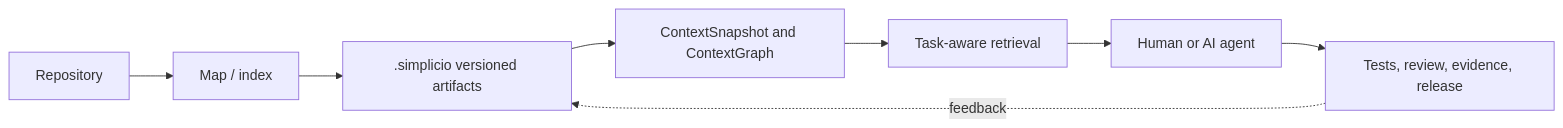
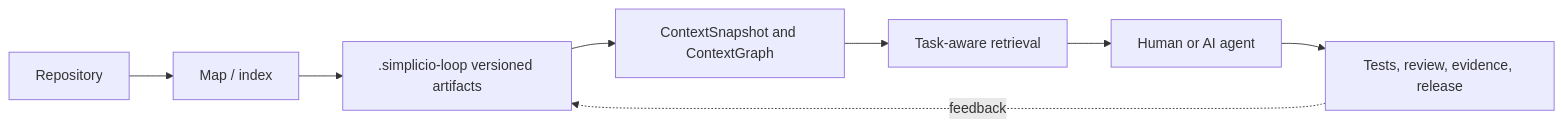
Before and after one commit to simpletibr/simplicio-loop: the first of 4 diagrams in packages/mapper/README.md, drawn with Mermaid. The commit also changed other lines of this file and 767 other files, not shown here.

````diff
--- a/packages/mapper/README.md
+++ b/packages/mapper/README.md
@@ -57,10 +57,10 @@
 ```mermaid
 flowchart LR
   A[Repository] --> B[Map / index]
-  B --> C[.simplicio versioned artifacts]
+  B --> C[.simplicio-loop versioned artifacts]
   C --> D[ContextSnapshot and ContextGraph]
   D --> E[Task-aware retrieval]
   E --> F[Human or AI agent]
   F --> G[Tests, review, evidence, release]
   G -. feedback .-> C
 ```
````
